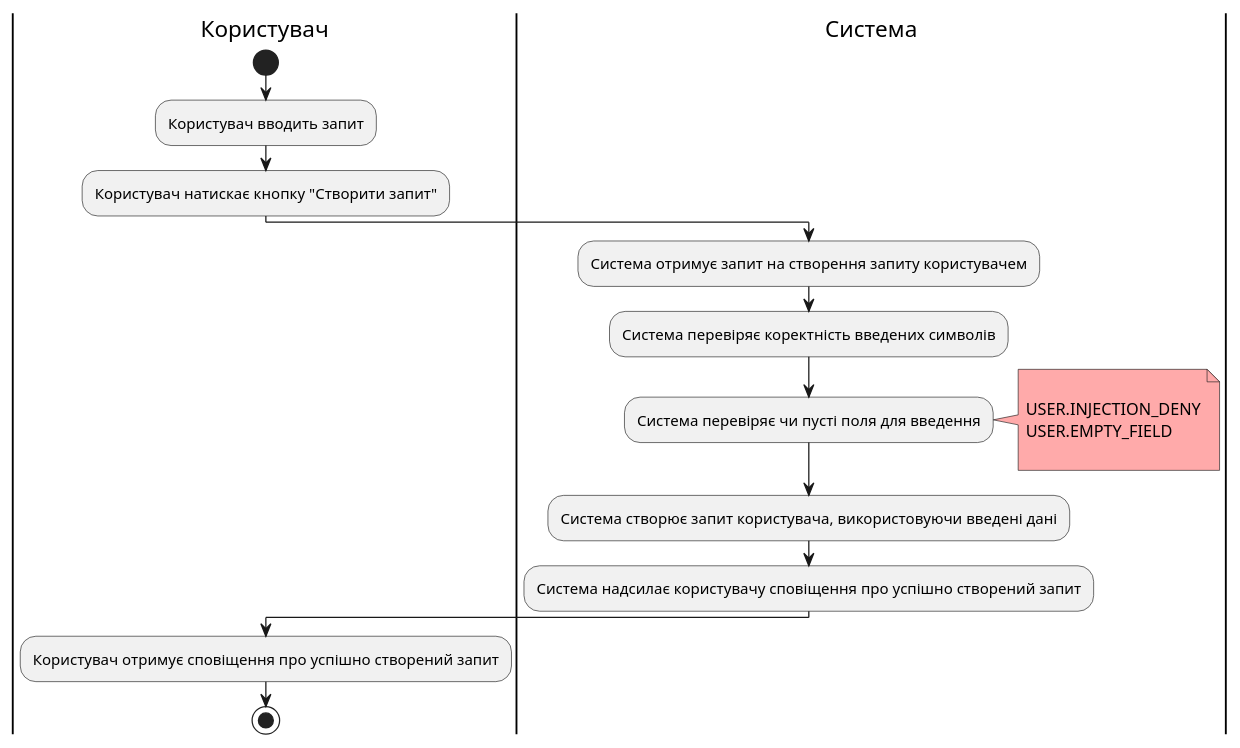
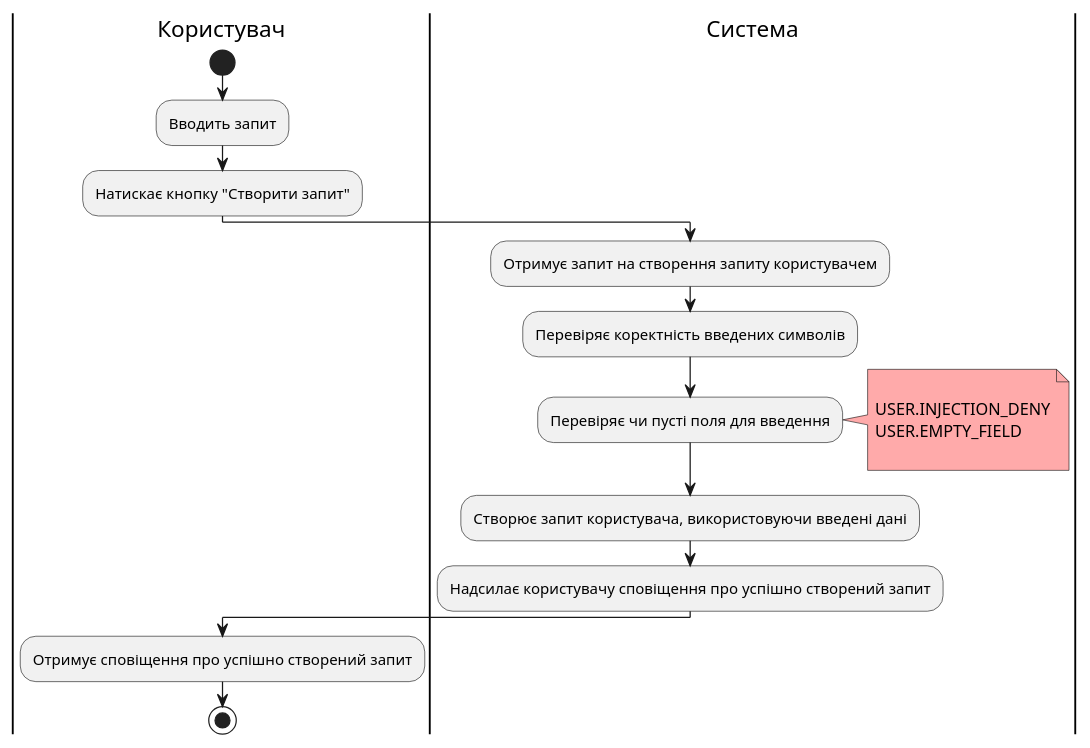
The ninth of 13 diagrams in docs/use cases/README.md (plyska322/db-theme-3), drawn with PlantUML before and after one commit. The commit also changed other lines of this file, not shown here.

```diff
--- a/docs/use cases/README.md
+++ b/docs/use cases/README.md
@@ -310,21 +310,21 @@
 @startuml
 |Користувач|
 start
-:Користувач вводить запит;
-:Користувач натискає кнопку "Створити запит";
+:Вводить запит;
+:Натискає кнопку "Створити запит";
 |Система|
-:Система отримує запит на створення запиту користувачем;
-:Система перевіряє коректність введених символів;
-:Система перевіряє чи пусті поля для введення;
+:Отримує запит на створення запиту користувачем;
+:Перевіряє коректність введених символів;
+:Перевіряє чи пусті поля для введення;
 note right #ffaaaa
 
     USER.INJECTION_DENY
     USER.EMPTY_FIELD
 
     end note
-    :Система створює запит користувача, використовуючи введені дані;
-    :Система надсилає користувачу сповіщення про успішно створений запит;
+    :Створює запит користувача, використовуючи введені дані;
+    :Надсилає користувачу сповіщення про успішно створений запит;
 |Користувач|
-:Користувач отримує сповіщення про успішно створений запит;
+:Отримує сповіщення про успішно створений запит;
 stop;
 @enduml
```
